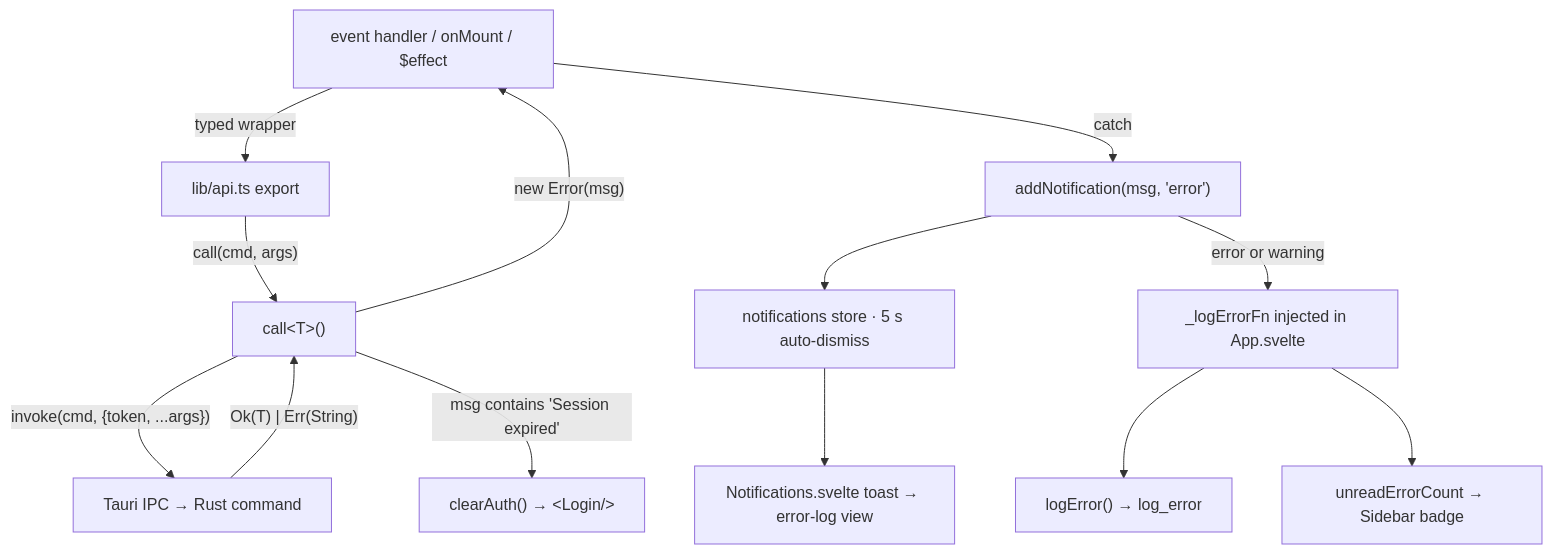
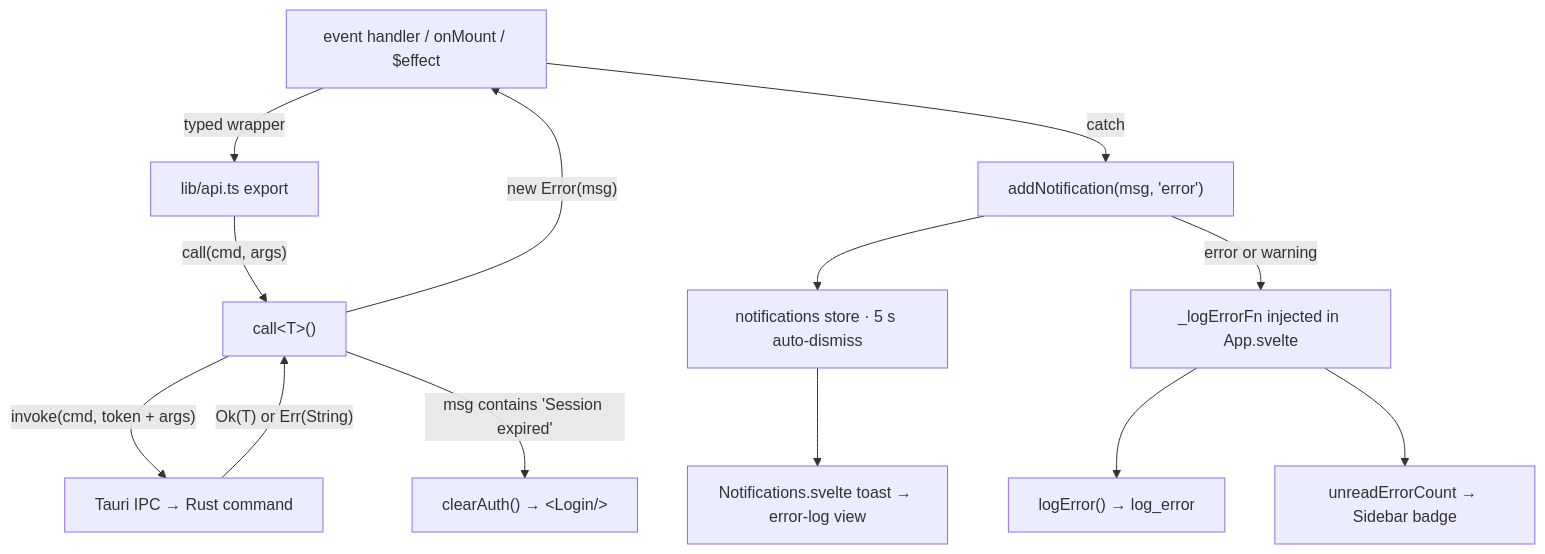
One commit to jnowat/SteloPTC changed the second of 2 diagrams in Obsidian/Architecture/Svelte Frontend.md. Above: the diagram before and after it, drawn with Mermaid. The commit also changed other lines of this file and 7 other files, not shown here.

First line of the commit message:
docs(obsidian): add the Workflows folder, fix frontmatter and mermaid syntax

````diff
--- a/Obsidian/Architecture/Svelte Frontend.md
+++ b/Obsidian/Architecture/Svelte Frontend.md
@@ -311,15 +311,15 @@
 ```mermaid
 flowchart TD
   E["event handler / onMount / $effect"] -->|typed wrapper| API["lib/api.ts export"]
   API -->|"call(cmd, args)"| CALL["call&lt;T&gt;()"]
-  CALL -->|"invoke(cmd, {token, ...args})"| IPC["Tauri IPC → Rust command"]
-  IPC -->|"Ok(T) | Err(String)"| CALL
+  CALL -->|"invoke(cmd, token + args)"| IPC["Tauri IPC → Rust command"]
+  IPC -->|"Ok(T) or Err(String)"| CALL
   CALL -->|"new Error(msg)"| E
   CALL -->|"msg contains 'Session expired'"| CLEAR["clearAuth() → &lt;Login/&gt;"]
   E -->|catch| N["addNotification(msg, 'error')"]
   N --> STORE["notifications store · 5 s auto-dismiss"]
   N -->|error or warning| LOGGER["_logErrorFn injected in App.svelte"]
   LOGGER --> API2["logError() → log_error"]
   LOGGER --> CNT["unreadErrorCount → Sidebar badge"]
   STORE --> TOAST["Notifications.svelte toast → error-log view"]
 ```
````
